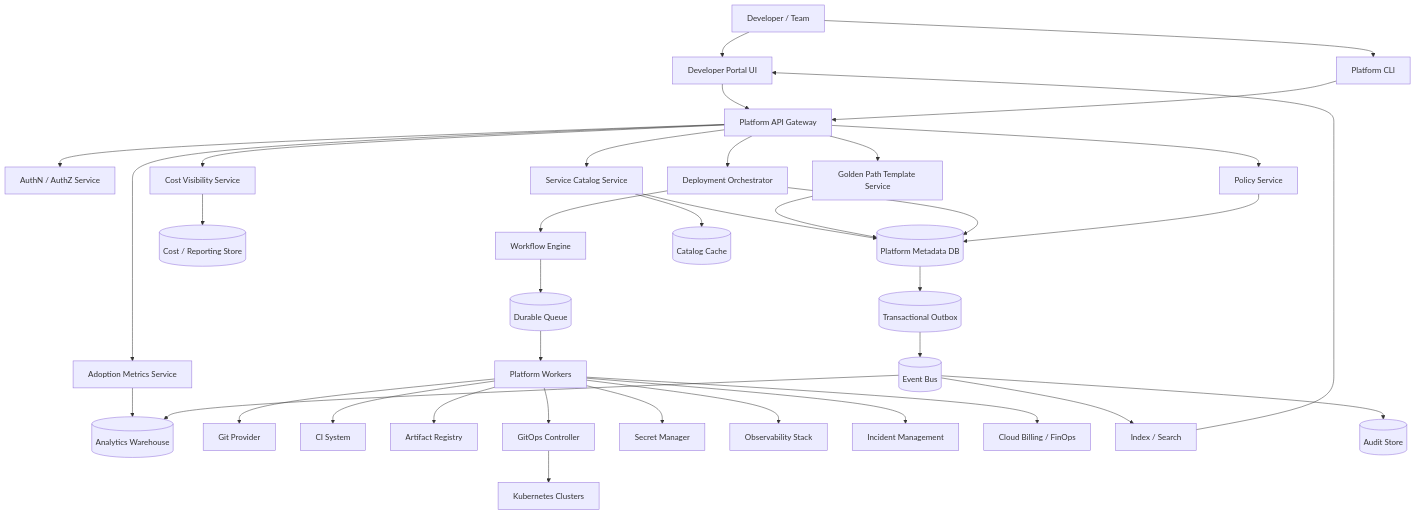
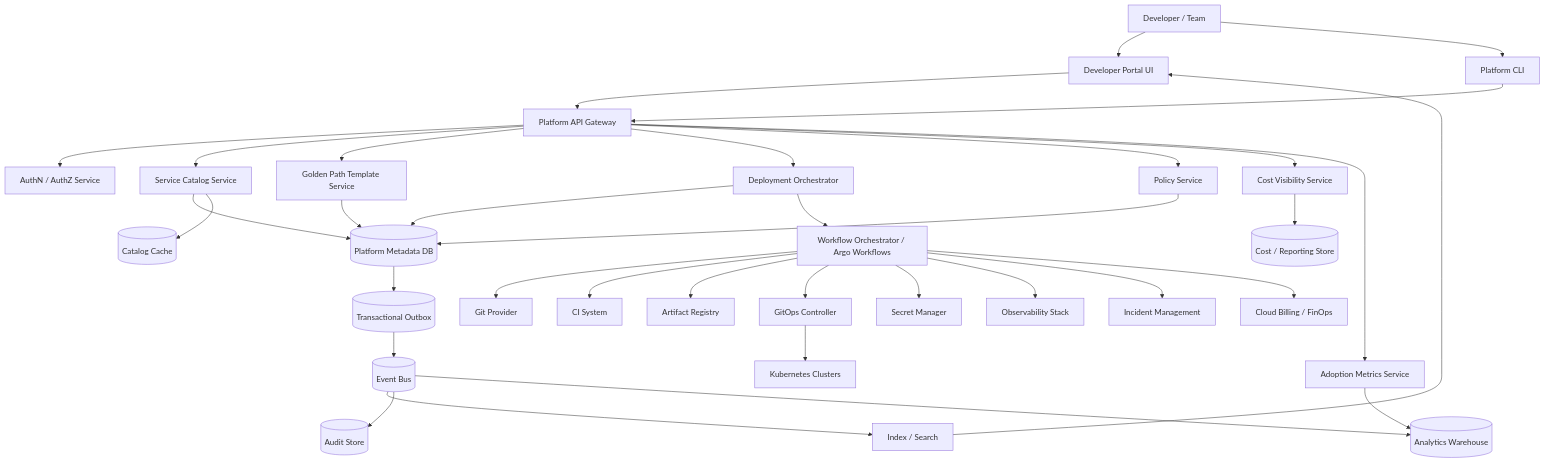
The first of 5 diagrams in system-design/grokking/upcoming_system_designs/internal_developer_platform/internal_developer_platform.md (brandon-benge/InterviewPrep), drawn with Mermaid before and after one commit. The commit also changed other lines of this file and 3 other files, not shown here.

````diff
--- a/system-design/grokking/upcoming_system_designs/internal_developer_platform/internal_developer_platform.md
+++ b/system-design/grokking/upcoming_system_designs/internal_developer_platform/internal_developer_platform.md
@@ -243,46 +243,44 @@
 ```mermaid
 flowchart TD
     Dev[Developer / Team] --> UI[Developer Portal UI]
     Dev --> CLI[Platform CLI]
     UI --> API[Platform API Gateway]
     CLI --> API
 
     API --> Auth[AuthN / AuthZ Service]
     API --> Catalog[Service Catalog Service]
     API --> Template[Golden Path Template Service]
     API --> Deploy[Deployment Orchestrator]
     API --> Policy[Policy Service]
     API --> Cost[Cost Visibility Service]
     API --> Metrics[Adoption Metrics Service]
 
     Catalog --> MetadataDB[(Platform Metadata DB)]
     Template --> MetadataDB
     Deploy --> MetadataDB
     Policy --> MetadataDB
     Cost --> CostDB[(Cost / Reporting Store)]
     Metrics --> Warehouse[(Analytics Warehouse)]
 
-    Deploy --> Workflow[Workflow Engine]
-    Workflow --> Queue[(Durable Queue)]
-    Queue --> Workers[Platform Workers]
+    Deploy --> Workflow[Workflow Orchestrator / Argo Workflows]
 
-    Workers --> Git[Git Provider]
-    Workers --> CI[CI System]
-    Workers --> Registry[Artifact Registry]
-    Workers --> GitOps[GitOps Controller]
+    Workflow --> Git[Git Provider]
+    Workflow --> CI[CI System]
+    Workflow --> Registry[Artifact Registry]
+    Workflow --> GitOps[GitOps Controller]
     GitOps --> K8s[Kubernetes Clusters]
 
-    Workers --> Secrets[Secret Manager]
-    Workers --> Obs[Observability Stack]
-    Workers --> Incident[Incident Management]
-    Workers --> FinOps[Cloud Billing / FinOps]
+    Workflow --> Secrets[Secret Manager]
+    Workflow --> Obs[Observability Stack]
+    Workflow --> Incident[Incident Management]
+    Workflow --> FinOps[Cloud Billing / FinOps]
 
     MetadataDB --> Outbox[(Transactional Outbox)]
     Outbox --> EventBus[(Event Bus)]
     EventBus --> Search[Index / Search]
     EventBus --> Audit[(Audit Store)]
     EventBus --> Warehouse
 
     Catalog --> Cache[(Catalog Cache)]
     Search --> UI
 ```
````
